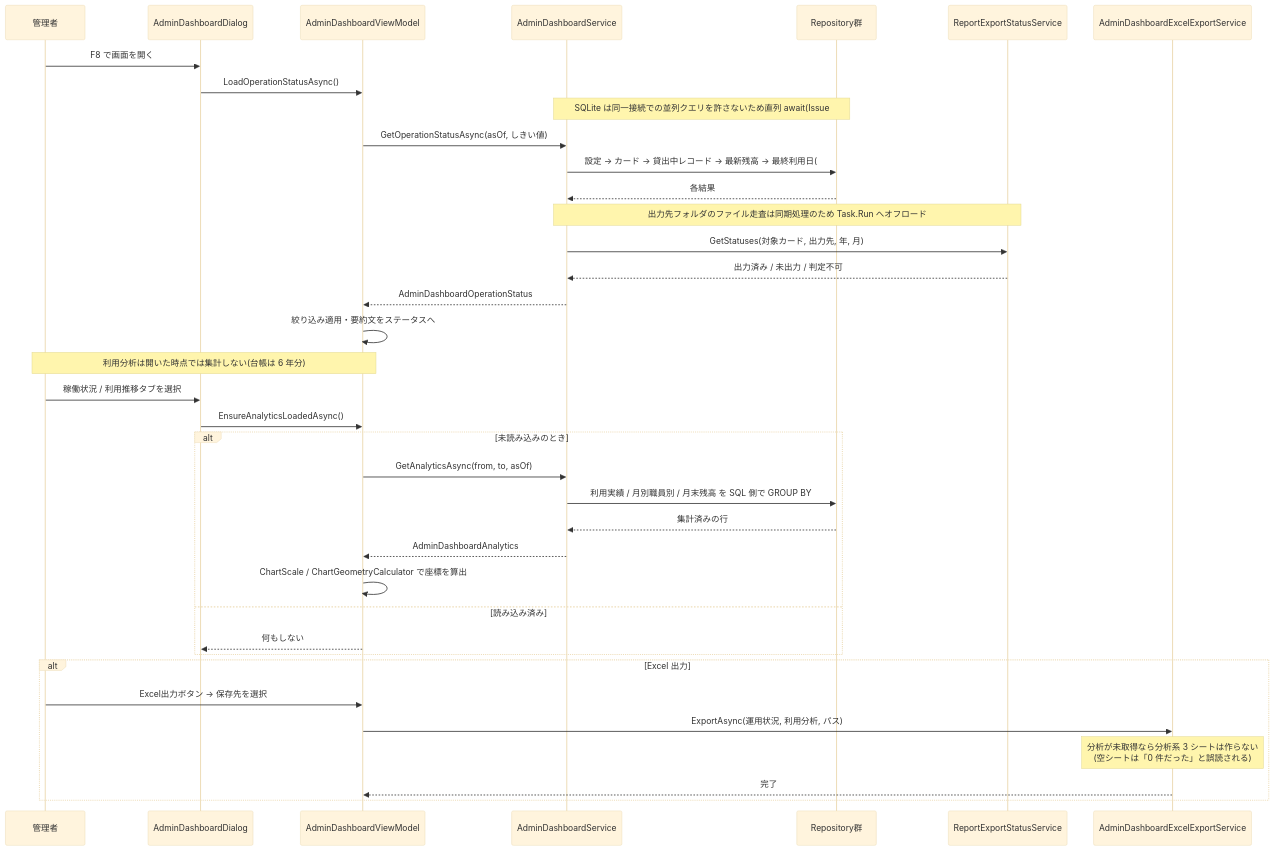
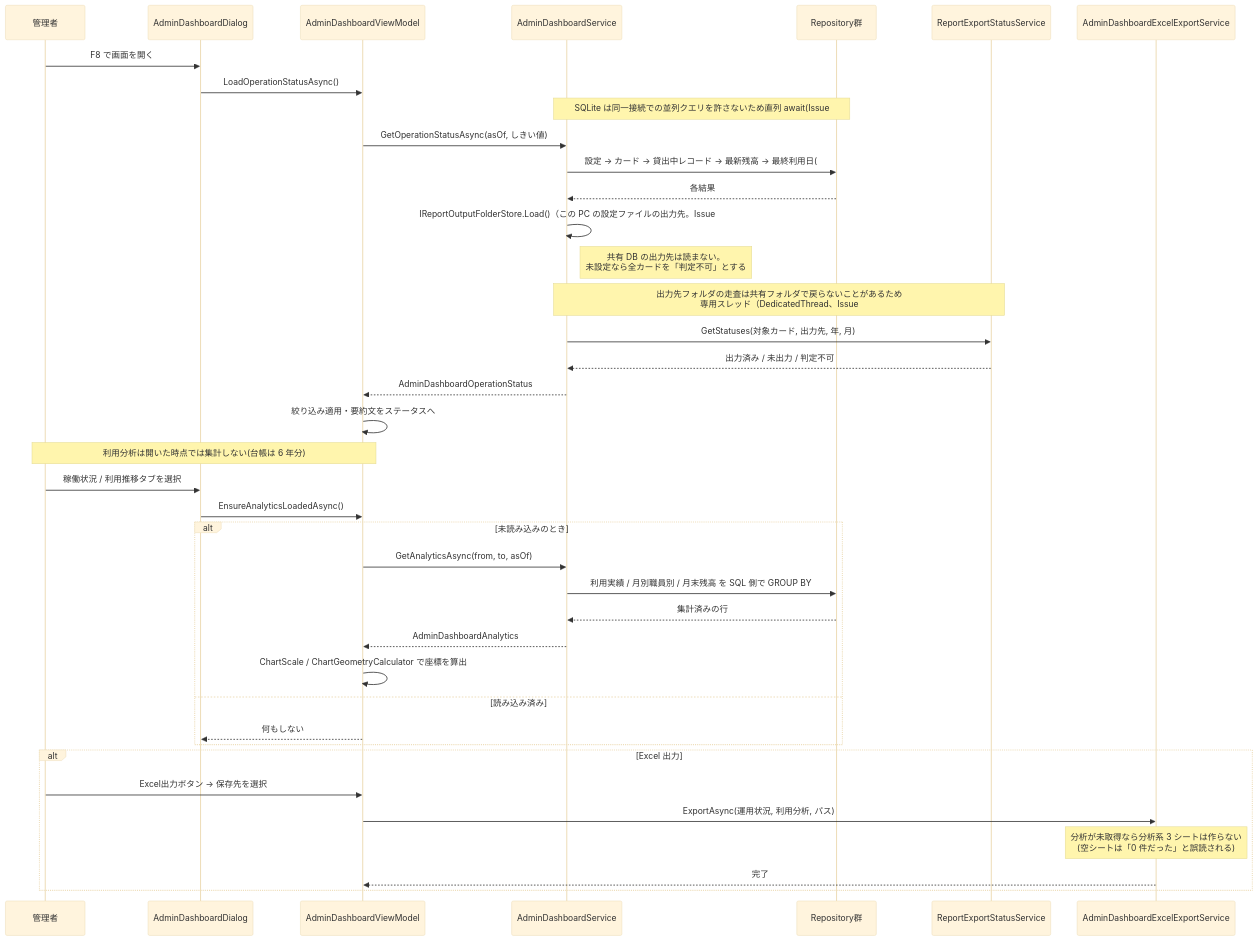
Diagram 17 of 17 in ICCardManager/docs/design/06_シーケンス図.md (kuwayamamasayuki/ICCardManager), drawn with Mermaid (base theme) before and after one commit. The commit also changed other lines of this file and 3 other files, not shown here.

First line of the commit message:
docs: シーケンス図（06）の記述を現在の実装に合わせた（#2310）

````diff
--- a/ICCardManager/docs/design/06_シーケンス図.md
+++ b/ICCardManager/docs/design/06_シーケンス図.md
@@ -909,44 +1105,46 @@
 ```mermaid
 sequenceDiagram
     participant User as 管理者
     participant Dlg as AdminDashboardDialog
     participant VM as AdminDashboardViewModel
     participant Svc as AdminDashboardService
     participant Repo as Repository群
     participant RES as ReportExportStatusService
     participant Xls as AdminDashboardExcelExportService
 
     User->>Dlg: F8 で画面を開く
     Dlg->>VM: LoadOperationStatusAsync()
 
     Note over Svc,Repo: SQLite は同一接続での並列クエリを許さないため直列 await(Issue #1452)
     VM->>Svc: GetOperationStatusAsync(asOf, しきい値)
     Svc->>Repo: 設定 → カード → 貸出中レコード → 最新残高 → 最終利用日(#1747) → 職員
     Repo-->>Svc: 各結果
-    Note over Svc,RES: 出力先フォルダのファイル走査は同期処理のため Task.Run へオフロード
+    Svc->>Svc: IReportOutputFolderStore.Load()（この PC の設定ファイルの出力先。Issue #2266）
+    Note right of Svc: 共有 DB の出力先は読まない。<br/>未設定なら全カードを「判定不可」とする
+    Note over Svc,RES: 出力先フォルダの走査は共有フォルダで戻らないことがあるため<br/>専用スレッド（DedicatedThread、Issue #2221）で実行
     Svc->>RES: GetStatuses(対象カード, 出力先, 年, 月)
     RES-->>Svc: 出力済み / 未出力 / 判定不可
     Svc-->>VM: AdminDashboardOperationStatus
     VM->>VM: 絞り込み適用・要約文をステータスへ
 
     Note over User,VM: 利用分析は開いた時点では集計しない(台帳は 6 年分)
     User->>Dlg: 稼働状況 / 利用推移タブを選択
     Dlg->>VM: EnsureAnalyticsLoadedAsync()
 
     alt 未読み込みのとき
         VM->>Svc: GetAnalyticsAsync(from, to, asOf)
         Svc->>Repo: 利用実績 / 月別職員別 / 月末残高 を SQL 側で GROUP BY
         Repo-->>Svc: 集計済みの行
         Svc-->>VM: AdminDashboardAnalytics
         VM->>VM: ChartScale / ChartGeometryCalculator で座標を算出
     else 読み込み済み
         VM-->>Dlg: 何もしない
     end
 
     alt Excel 出力
         User->>VM: Excel出力ボタン → 保存先を選択
         VM->>Xls: ExportAsync(運用状況, 利用分析, パス)
         Note over Xls: 分析が未取得なら分析系 3 シートは作らない<br/>(空シートは「0 件だった」と誤読される)
         Xls-->>VM: 完了
     end
 ```
````
